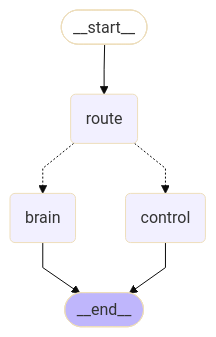
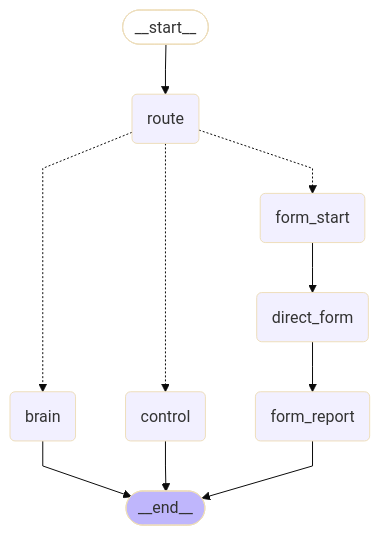
The first of 6 diagrams in docs/ofa/GRAPHS.md (OFA-Labs/one-for-all-api), drawn with Mermaid (base theme) before and after one commit. The commit also changed other lines of this file and 5 other files, not shown here.

````diff
--- a/docs/ofa/GRAPHS.md
+++ b/docs/ofa/GRAPHS.md
@@ -23,21 +25,28 @@
 ```mermaid
 ---
 config:
   flowchart:
     curve: linear
 ---
 graph TD;
 	__start__([<p>__start__</p>]):::first
 	route(route)
 	control(control)
 	brain(brain)
+	form_start(form_start)
+	direct_form(direct_form)
+	form_report(form_report)
 	__end__([<p>__end__</p>]):::last
 	__start__ --> route;
+	direct_form --> form_report;
+	form_start --> direct_form;
 	route -.-> brain;
 	route -.-> control;
+	route -.-> form_start;
 	brain --> __end__;
 	control --> __end__;
+	form_report --> __end__;
 	classDef default fill:#f2f0ff,line-height:1.2
 	classDef first fill-opacity:0
 	classDef last fill:#bfb6fc
 ```
````
